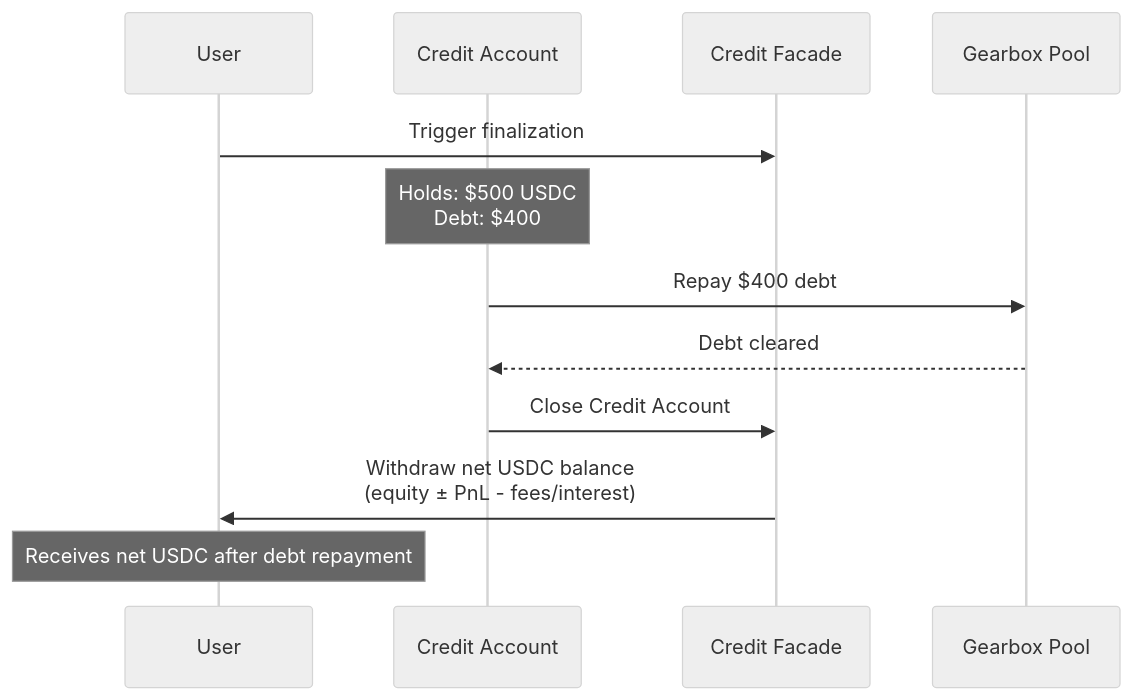
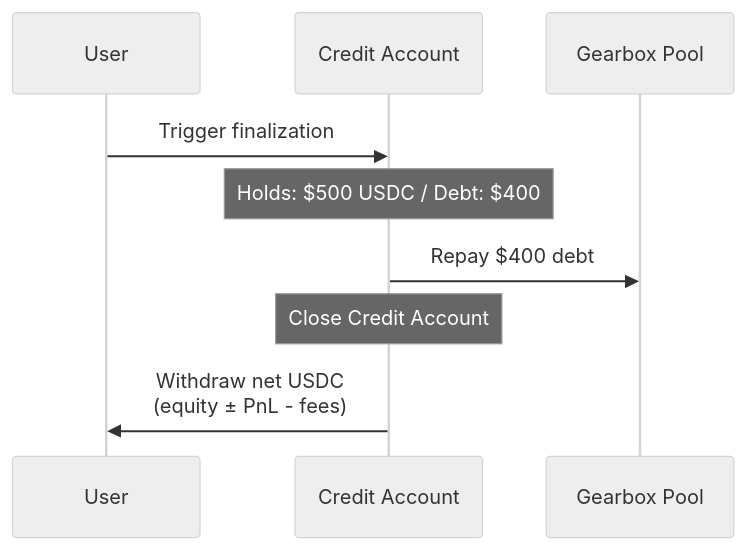
The ninth of 10 diagrams in reference/usecase-faster-rwa-settlement-with-leverage.md (Gearbox-protocol/docs-knowledge), drawn with Mermaid (neutral theme) before and after one commit. The commit also changed other lines of this file, not shown here.

````diff
--- a/reference/usecase-faster-rwa-settlement-with-leverage.md
+++ b/reference/usecase-faster-rwa-settlement-with-leverage.md
@@ -335,15 +373,12 @@
 ```mermaid
 sequenceDiagram
     participant U as User
     participant CA as Credit Account
-    participant CF as Credit Facade
     participant GP as Gearbox Pool
-    
-    U->>CF: Trigger finalization
-    Note over CA: Holds: $500 USDC<br/>Debt: $400
+
+    U->>CA: Trigger finalization
+    Note over CA: Holds: $500 USDC / Debt: $400
     CA->>GP: Repay $400 debt
-    GP-->>CA: Debt cleared
-    CA->>CF: Close Credit Account
-    CF->>U: Withdraw net USDC balance<br/>(equity ± PnL - fees/interest)
-    Note over U: Receives net USDC after debt repayment
+    Note over CA: Close Credit Account
+    CA->>U: Withdraw net USDC<br/>(equity ± PnL - fees)
 ```
````
